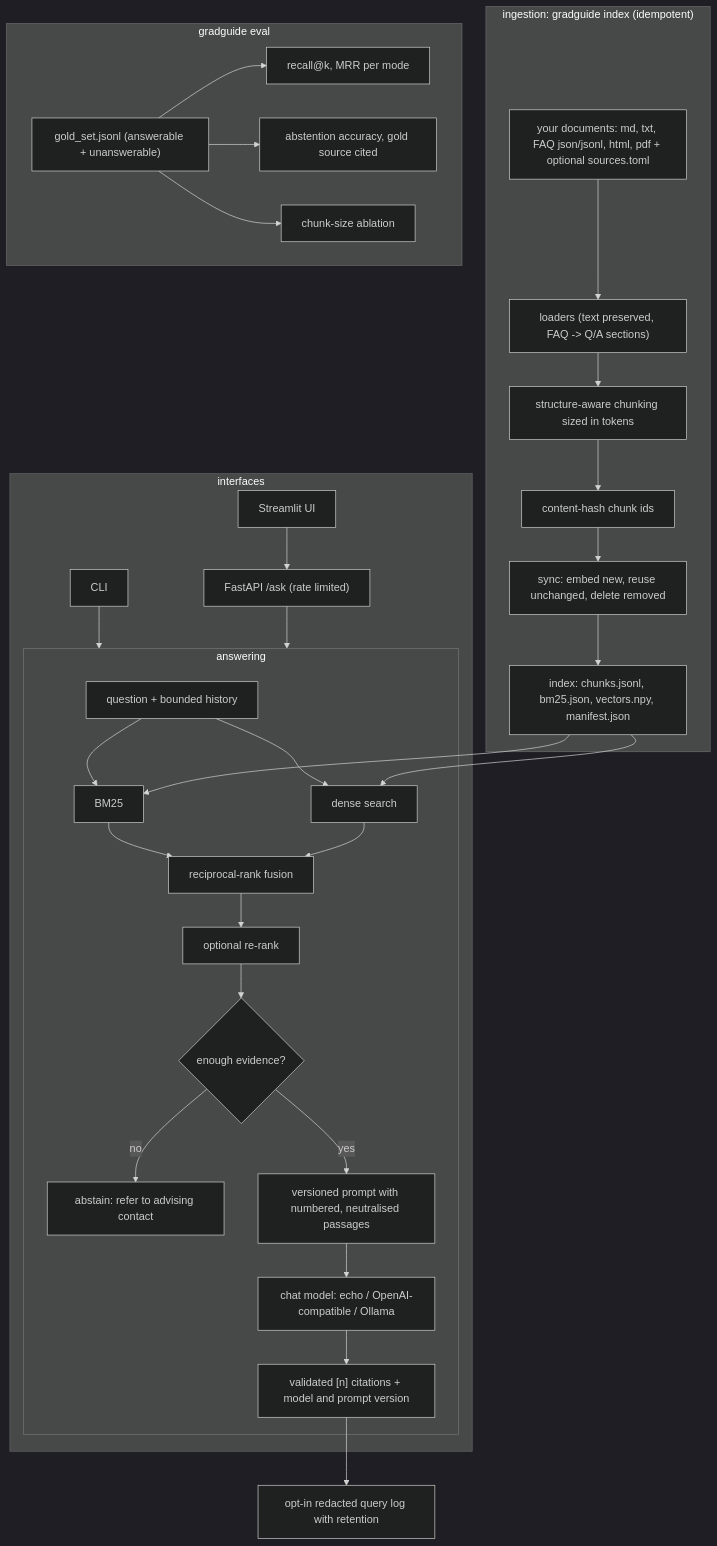
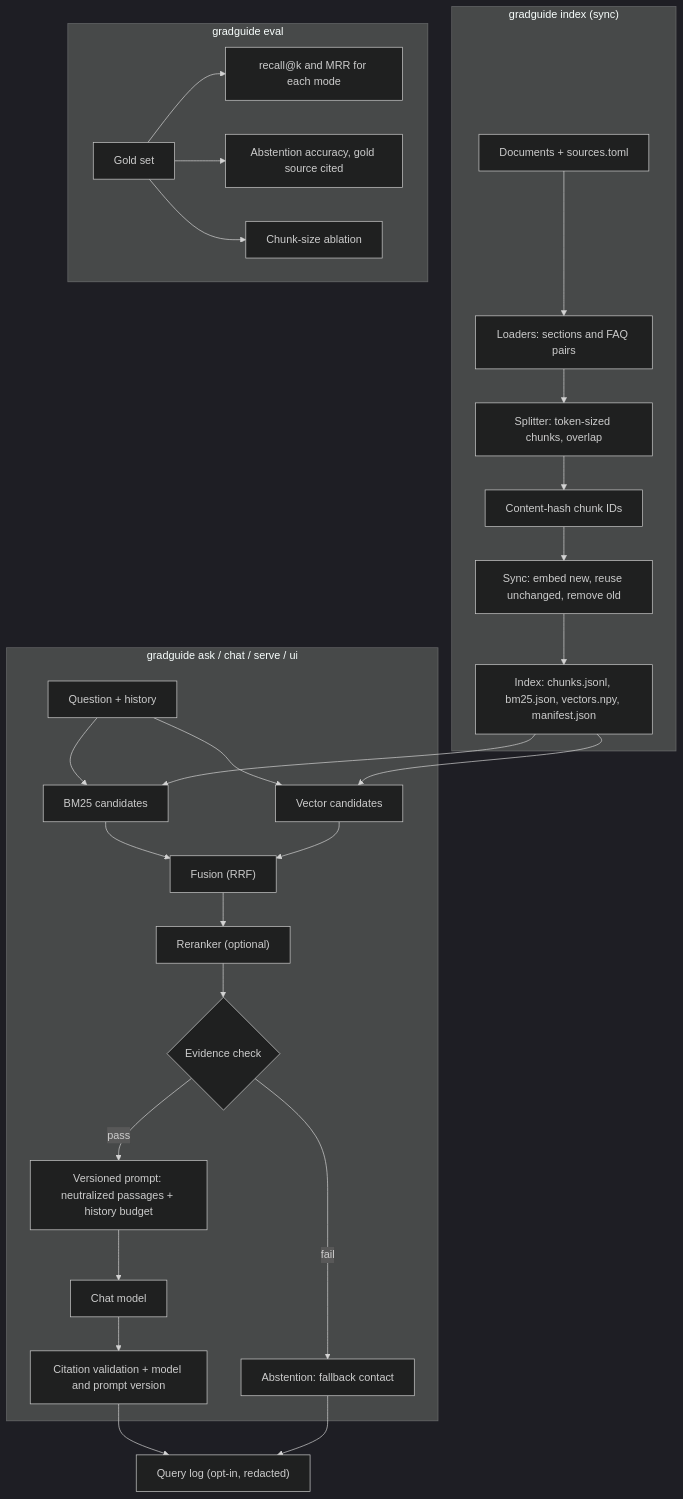
The third of 3 diagrams in README.md (KrishnaAnnavaram/gradguide), drawn with Mermaid (dark theme) before and after one commit. The commit also changed other lines of this file and 3 other files, not shown here.

````diff
--- a/README.md
+++ b/README.md
@@ -25,35 +234,31 @@
 ```mermaid
 flowchart TB
-  subgraph ingest["ingestion: gradguide index (idempotent)"]
-    SRC["your documents: md, txt, FAQ json/jsonl, html, pdf + optional sources.toml"] --> LD["loaders (text preserved, FAQ -> Q/A sections)"]
-    LD --> CH["structure-aware chunking sized in tokens"]
-    CH --> ID["content-hash chunk ids"]
-    ID --> SY["sync: embed new, reuse unchanged, delete removed"]
-    SY --> IX["index: chunks.jsonl, bm25.json, vectors.npy, manifest.json"]
-  end
-  subgraph serve["answering"]
-    Q["question + bounded history"] --> R1["BM25"]
-    Q --> R2["dense search"]
-    IX --> R1
-    IX --> R2
-    R1 --> F["reciprocal-rank fusion"]
-    R2 --> F
-    F --> RR["optional re-rank"]
-    RR --> GATE{"enough evidence?"}
-    GATE -->|"no"| FB["abstain: refer to advising contact"]
-    GATE -->|"yes"| P["versioned prompt with numbered, neutralised passages"]
-    P --> LLM["chat model: echo / OpenAI-compatible / Ollama"]
-    LLM --> CIT["validated [n] citations + model and prompt version"]
-  end
-  subgraph surfaces["interfaces"]
-    CLI["CLI"] --> serve
-    API["FastAPI /ask (rate limited)"] --> serve
-    UI["Streamlit UI"] --> API
-  end
-  CIT --> LOG["opt-in redacted query log with retention"]
-  subgraph evalh["gradguide eval"]
-    GS["gold_set.jsonl (answerable + unanswerable)"] --> M1["recall@k, MRR per mode"]
-    GS --> M2["abstention accuracy, gold source cited"]
-    GS --> M3["chunk-size ablation"]
-  end
+    subgraph build["gradguide index (sync)"]
+        SRC["Documents + sources.toml"] --> LD["Loaders: sections and FAQ pairs"]
+        LD --> CH["Splitter: token-sized chunks, overlap"]
+        CH --> ID["Content-hash chunk IDs"]
+        ID --> SY["Sync: embed new, reuse unchanged, remove old"]
+        SY --> IX["Index: chunks.jsonl, bm25.json, vectors.npy, manifest.json"]
+    end
+    subgraph answer["gradguide ask / chat / serve / ui"]
+        Q["Question + history"] --> B["BM25 candidates"]
+        Q --> V["Vector candidates"]
+        IX --> B
+        IX --> V
+        B --> F["Fusion (RRF)"]
+        V --> F
+        F --> RR["Reranker (optional)"]
+        RR --> GATE{"Evidence check"}
+        GATE -->|"fail"| AB["Abstention: fallback contact"]
+        GATE -->|"pass"| P["Versioned prompt: neutralized passages + history budget"]
+        P --> LLM["Chat model"]
+        LLM --> CIT["Citation validation + model and prompt version"]
+    end
+    CIT --> LOG["Query log (opt-in, redacted)"]
+    AB --> LOG
+    subgraph evaluation["gradguide eval"]
+        GS["Gold set"] --> M1["recall@k and MRR for each mode"]
+        GS --> M2["Abstention accuracy, gold source cited"]
+        GS --> M3["Chunk-size ablation"]
+    end
 ```
````
